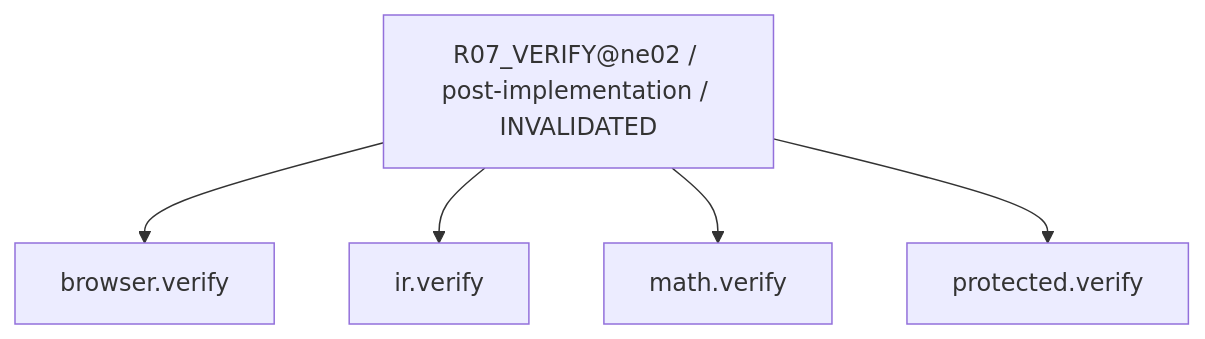
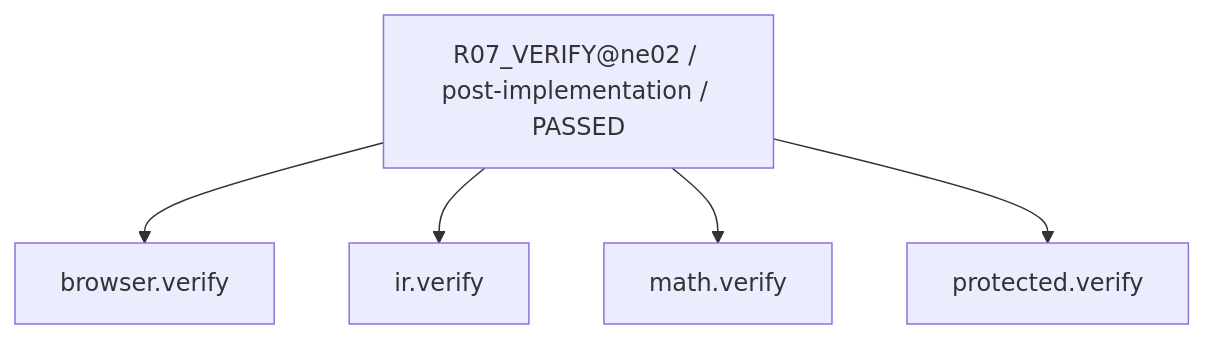
One commit to rrikunagasige-dot/kyotsu-step-web changed the ninth of 45 diagrams in work/items/W-MATH-036-ne02-n11-n12-guided-design/generated/CAPABILITY_FIRE_DIAGRAM.md. Above: the diagram before and after it, drawn with Mermaid. The commit also changed other lines of this file and 135 other files, not shown here.

````diff
--- a/work/items/W-MATH-036-ne02-n11-n12-guided-design/generated/CAPABILITY_FIRE_DIAGRAM.md
+++ b/work/items/W-MATH-036-ne02-n11-n12-guided-design/generated/CAPABILITY_FIRE_DIAGRAM.md
@@ -141,12 +141,12 @@
 ```mermaid
 flowchart TD
-  N0["R07_VERIFY@ne02 / post-implementation / INVALIDATED"]
+  N0["R07_VERIFY@ne02 / post-implementation / PASSED"]
   N1["math.verify"]
   N2["ir.verify"]
   N3["browser.verify"]
   N4["protected.verify"]
   N0 --> N3
   N0 --> N2
   N0 --> N1
   N0 --> N4
 ```
````
